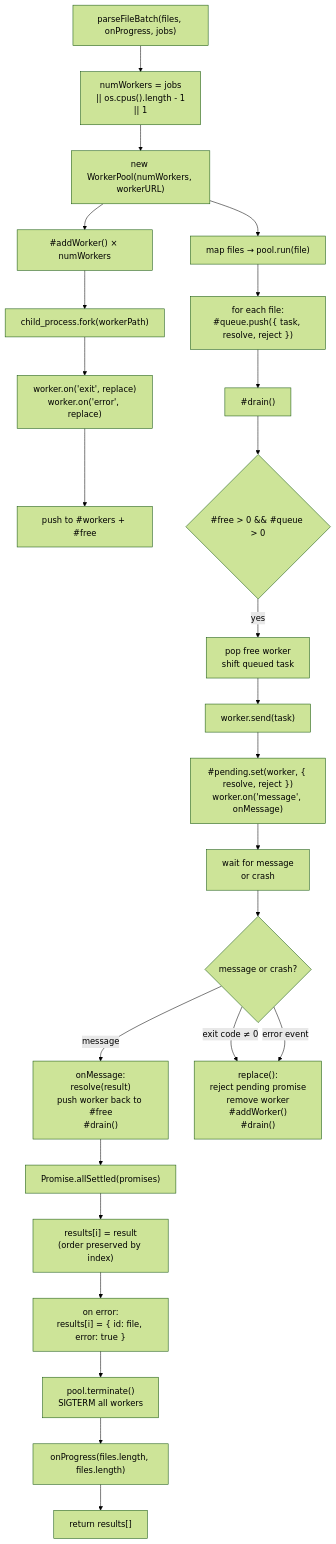
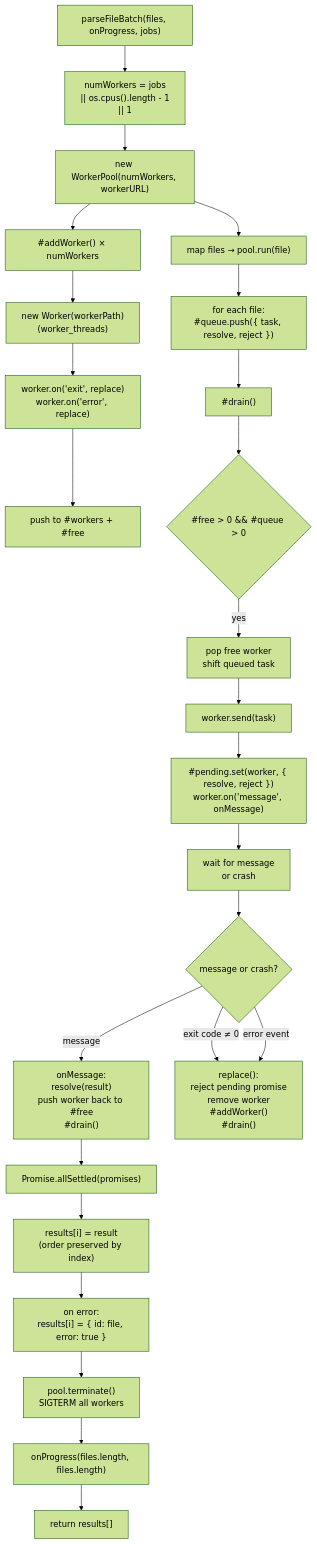
The fourth of 8 diagrams in ARCHITECTURE/parser.md (Arham-Qureshi/codebase-vis), drawn with Mermaid (forest theme) before and after one commit. The commit also changed other lines of this file, not shown here.

Commit message:
docs: update parser — parentPort, worker_threads

````diff
--- a/ARCHITECTURE/parser.md
+++ b/ARCHITECTURE/parser.md
@@ -145,43 +145,43 @@
 ```mermaid
 flowchart TD
     START["parseFileBatch(files, onProgress, jobs)"] --> NW["numWorkers = jobs<br/>|| os.cpus().length - 1<br/>|| 1"]
 
     NW --> POOL["new WorkerPool(numWorkers, workerURL)"]
 
     POOL --> SPAWN["#addWorker() × numWorkers"]
 
-    SPAWN --> FORK["child_process.fork(workerPath)"]
+    SPAWN --> FORK["new Worker(workerPath)<br/>(worker_threads)"]
     FORK --> REG_EVENTS["worker.on('exit', replace)<br/>worker.on('error', replace)"]
     REG_EVENTS --> PUSH["push to #workers + #free"]
 
     POOL --> MAP["map files → pool.run(file)"]
 
     MAP --> ENQUEUE["for each file:<br/>#queue.push({ task, resolve, reject })"]
 
     ENQUEUE --> DRAIN["#drain()"]
 
     DRAIN --> WHILE{"#free > 0 && #queue > 0"}
     WHILE -->|yes| POP["pop free worker<br/>shift queued task"]
 
     POP --> SEND["worker.send(task)"]
     SEND --> SETUP["#pending.set(worker, { resolve, reject })<br/>worker.on('message', onMessage)"]
 
     SETUP --> AWAIT["wait for message<br/>or crash"]
 
     AWAIT --> MSG{"message or crash?"}
     MSG -->|message| RESOLVE["onMessage:<br/>resolve(result)<br/>push worker back to #free<br/>#drain()"]
     MSG -->|exit code ≠ 0| CRASH["replace():<br/>reject pending promise<br/>remove worker<br/>#addWorker()<br/>#drain()"]
     MSG -->|error event| CRASH
 
     RESOLVE --> ALL_SETTLED["Promise.allSettled(promises)"]
 
     ALL_SETTLED --> ORDER["results[i] = result<br/>(order preserved by index)"]
 
     ORDER --> ERR_HANDLE["on error:<br/>results[i] = { id: file, error: true }"]
 
     ERR_HANDLE --> TERMINATE["pool.terminate()<br/>SIGTERM all workers"]
 
     TERMINATE --> PROGRESS["onProgress(files.length, files.length)"]
 
     PROGRESS --> RETURN["return results[]"]
 ```
````
